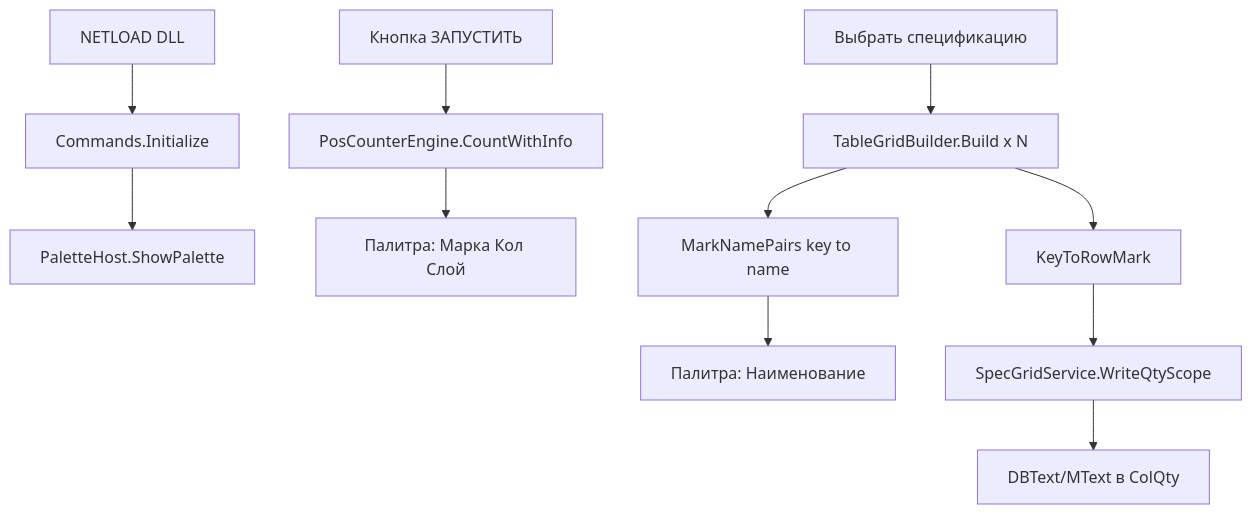
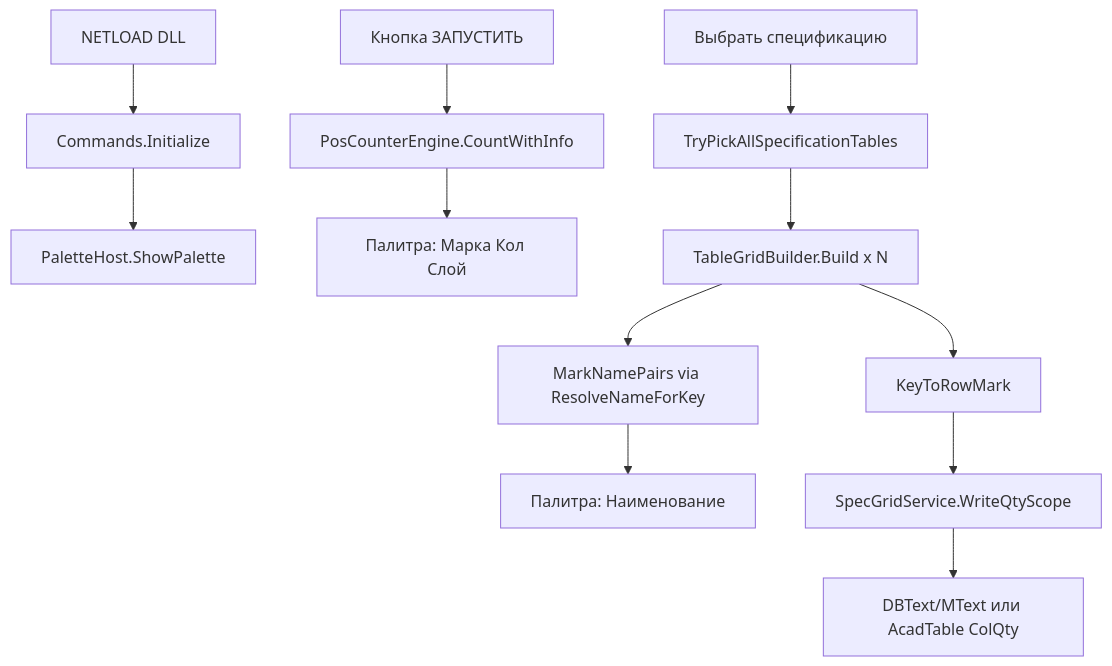
The diagram in .cursor/plans/factual_program_architecture.plan.md (irina-by/irina-by-pos-counter-specification-addition-2), drawn with Mermaid before and after one commit. The commit also changed other lines of this file and 22 other files, not shown here.

````diff
--- a/.cursor/plans/factual_program_architecture.plan.md
+++ b/.cursor/plans/factual_program_architecture.plan.md
@@ -15,13 +18,14 @@
 ```mermaid
 flowchart TD
     NETLOAD[NETLOAD DLL] --> Init[Commands.Initialize]
     Init --> Palette[PaletteHost.ShowPalette]
     Run[Кнопка ЗАПУСТИТЬ] --> Engine[PosCounterEngine.CountWithInfo]
     Engine --> UI1[Палитра: Марка Кол Слой]
-    Spec[Выбрать спецификацию] --> Build[TableGridBuilder.Build x N]
-    Build --> Names[MarkNamePairs key to name]
+    Spec[Выбрать спецификацию] --> Pick[TryPickAllSpecificationTables]
+    Pick --> Build[TableGridBuilder.Build x N]
+    Build --> Names[MarkNamePairs via ResolveNameForKey]
     Build --> Keys[KeyToRowMark]
     Names --> UI2[Палитра: Наименование]
     Keys --> Qty[SpecGridService.WriteQtyScope]
-    Qty --> DWG[DBText/MText в ColQty]
+    Qty --> DWG[DBText/MText или AcadTable ColQty]
 ```
````
